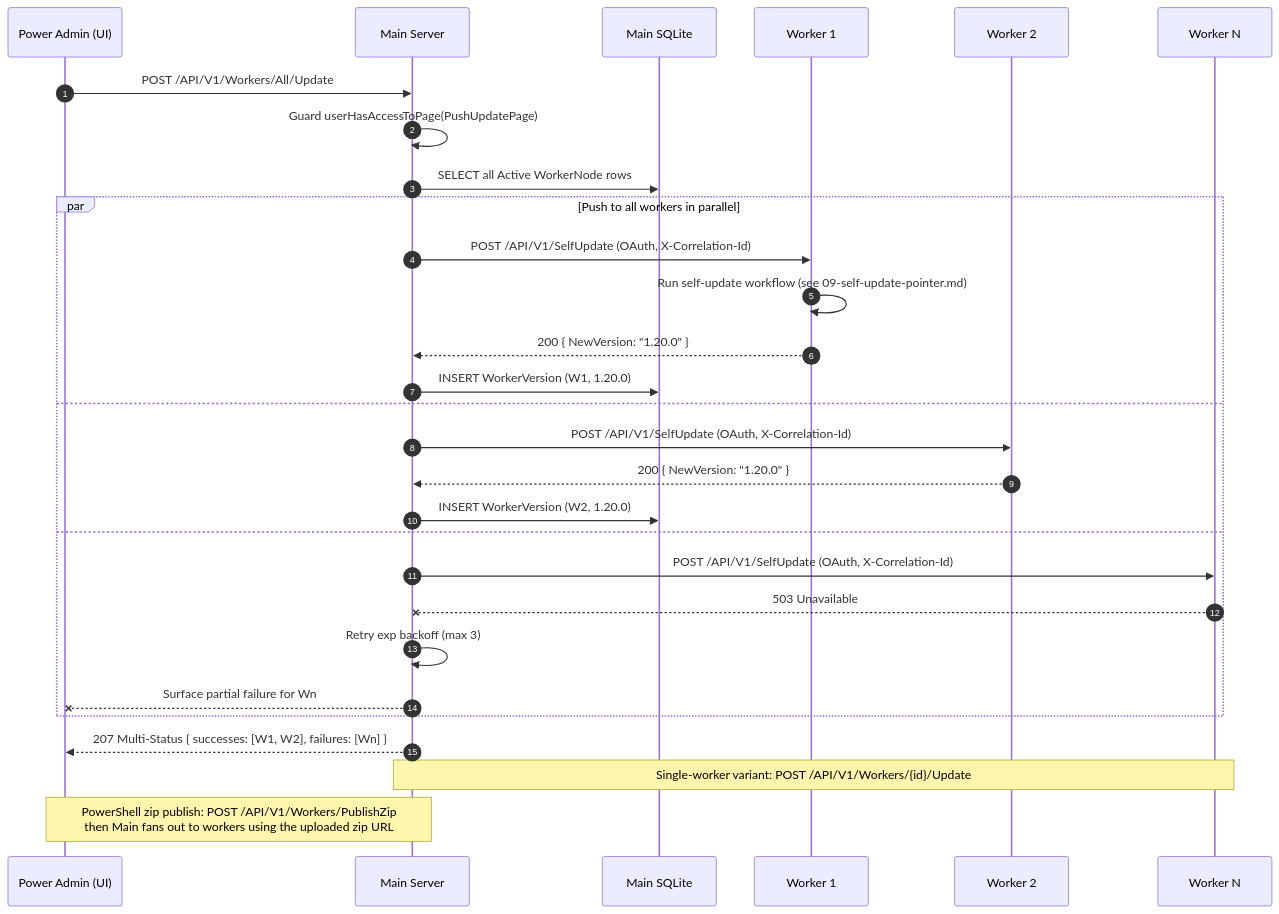
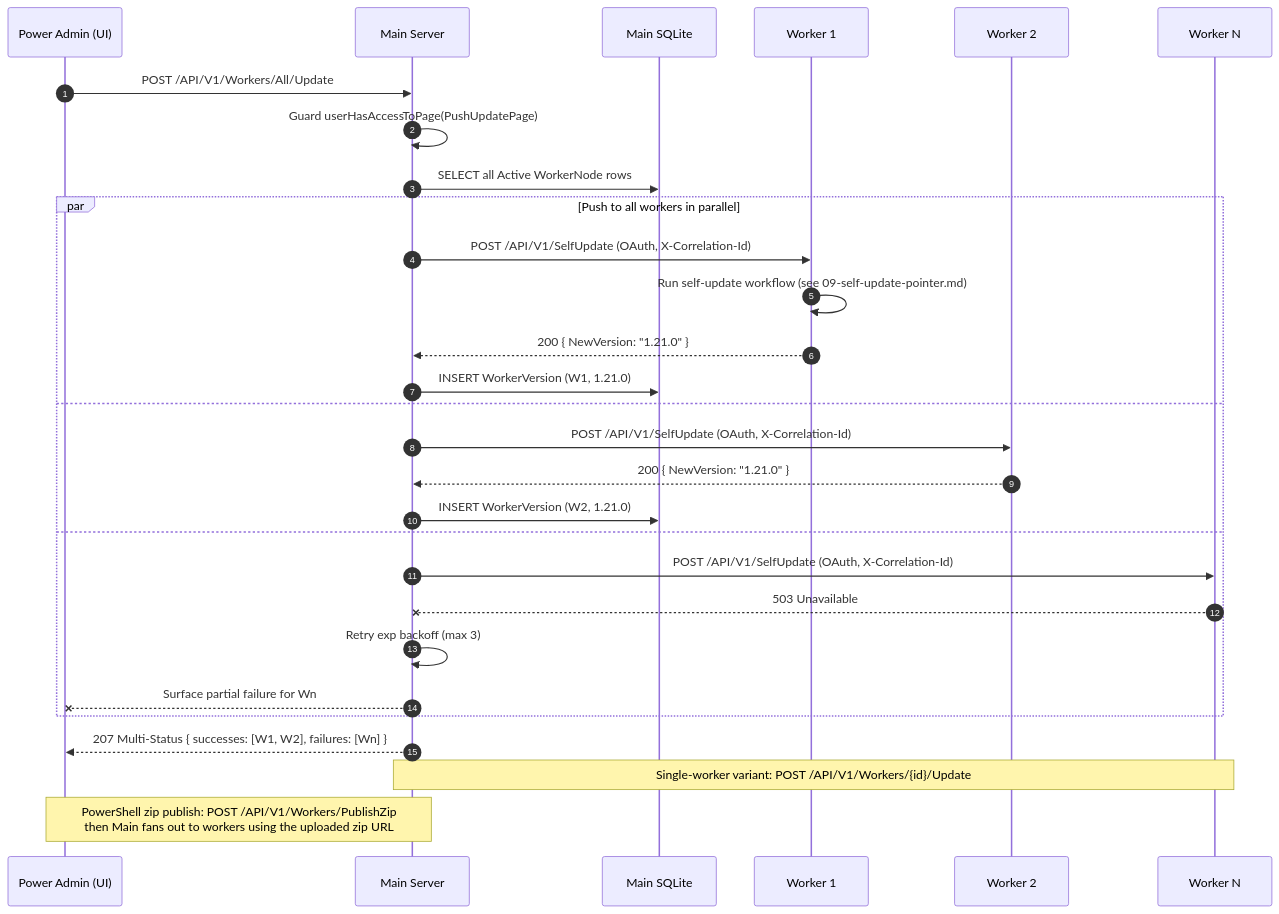
One commit to alimtvnetwork/prompt-architect-v2 changed the diagram in spec/19-main-worker-service/diagrams/seq-push-update.mmd. Above: the diagram before and after it, drawn with Mermaid. The commit also changed 29 other files, not shown here.

```diff
--- a/spec/19-main-worker-service/diagrams/seq-push-update.mmd
+++ b/spec/19-main-worker-service/diagrams/seq-push-update.mmd
@@ -1,43 +1,43 @@
 %% ==========================================================
 %% NON-AUTHORITATIVE PROJECTION
 %% ==========================================================
 %% Subject:        Power-Admin push-update fan-out
 %% Authoritative:  spec/14-update/28-worker-push-instruction.md + spec/19/15-tunable-constants.md
 %% Status:         Illustrative only. If this diagram disagrees
 %%                 with the authoritative spec(s) above, the
 %%                 spec wins and this file is the bug.
 %% Banner version: 1.0.0 (2026-05-04, audit fix #9)
 %% ==========================================================
 sequenceDiagram
     autonumber
     participant Admin as Power Admin (UI)
     participant Main as Main Server
     participant DB as Main SQLite
     participant W1 as Worker 1
     participant W2 as Worker 2
     participant Wn as Worker N
 
     Admin->>Main: POST /API/V1/Workers/All/Update
     Main->>Main: Guard userHasAccessToPage(PushUpdatePage)
     Main->>DB: SELECT all Active WorkerNode rows
 
     par Push to all workers in parallel
         Main->>W1: POST /API/V1/SelfUpdate (OAuth, X-Correlation-Id)
         W1->>W1: Run self-update workflow (see 09-self-update-pointer.md)
-        W1-->>Main: 200 { NewVersion: "1.20.0" }
-        Main->>DB: INSERT WorkerVersion (W1, 1.20.0)
+        W1-->>Main: 200 { NewVersion: "1.21.0" }
+        Main->>DB: INSERT WorkerVersion (W1, 1.21.0)
     and
         Main->>W2: POST /API/V1/SelfUpdate (OAuth, X-Correlation-Id)
-        W2-->>Main: 200 { NewVersion: "1.20.0" }
-        Main->>DB: INSERT WorkerVersion (W2, 1.20.0)
+        W2-->>Main: 200 { NewVersion: "1.21.0" }
+        Main->>DB: INSERT WorkerVersion (W2, 1.21.0)
     and
         Main->>Wn: POST /API/V1/SelfUpdate (OAuth, X-Correlation-Id)
         Wn--xMain: 503 Unavailable
         Main->>Main: Retry exp backoff (max 3)
         Main--xAdmin: Surface partial failure for Wn
     end
 
     Main-->>Admin: 207 Multi-Status { successes: [W1, W2], failures: [Wn] }
 
     Note over Main,Wn: Single-worker variant: POST /API/V1/Workers/{id}/Update
     Note over Admin,Main: PowerShell zip publish: POST /API/V1/Workers/PublishZip<br/>then Main fans out to workers using the uploaded zip URL
```
